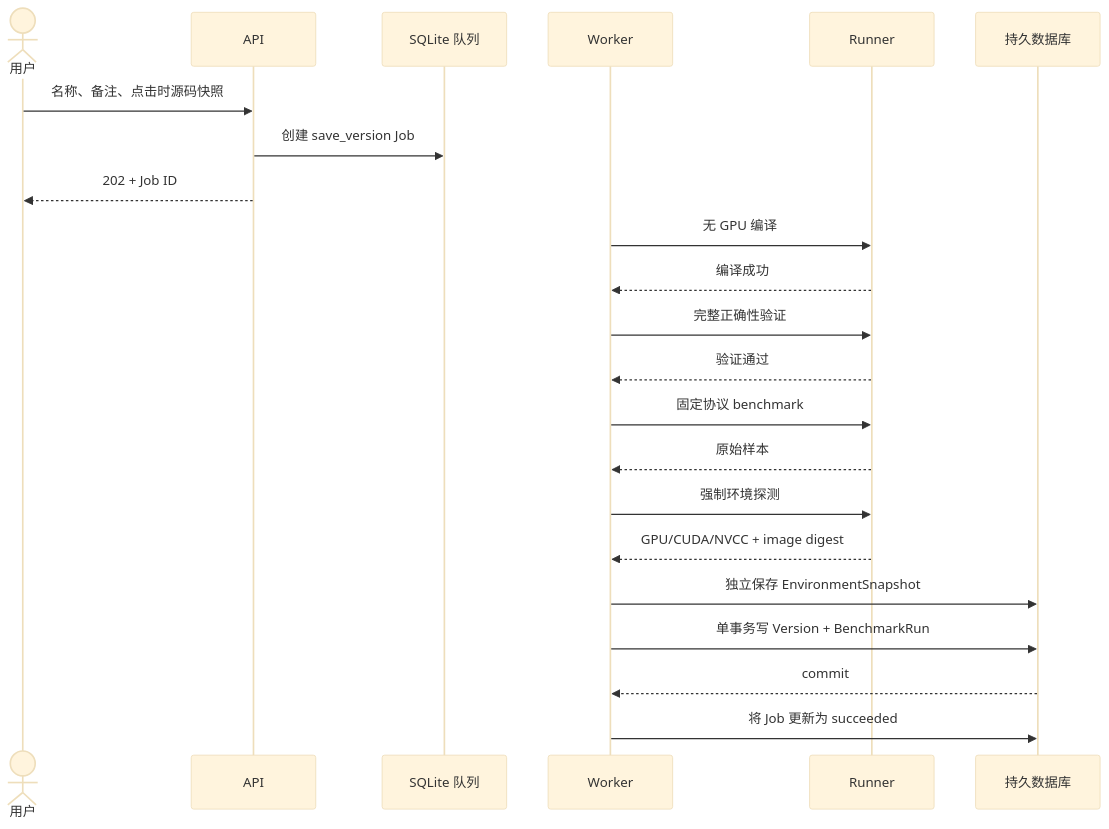
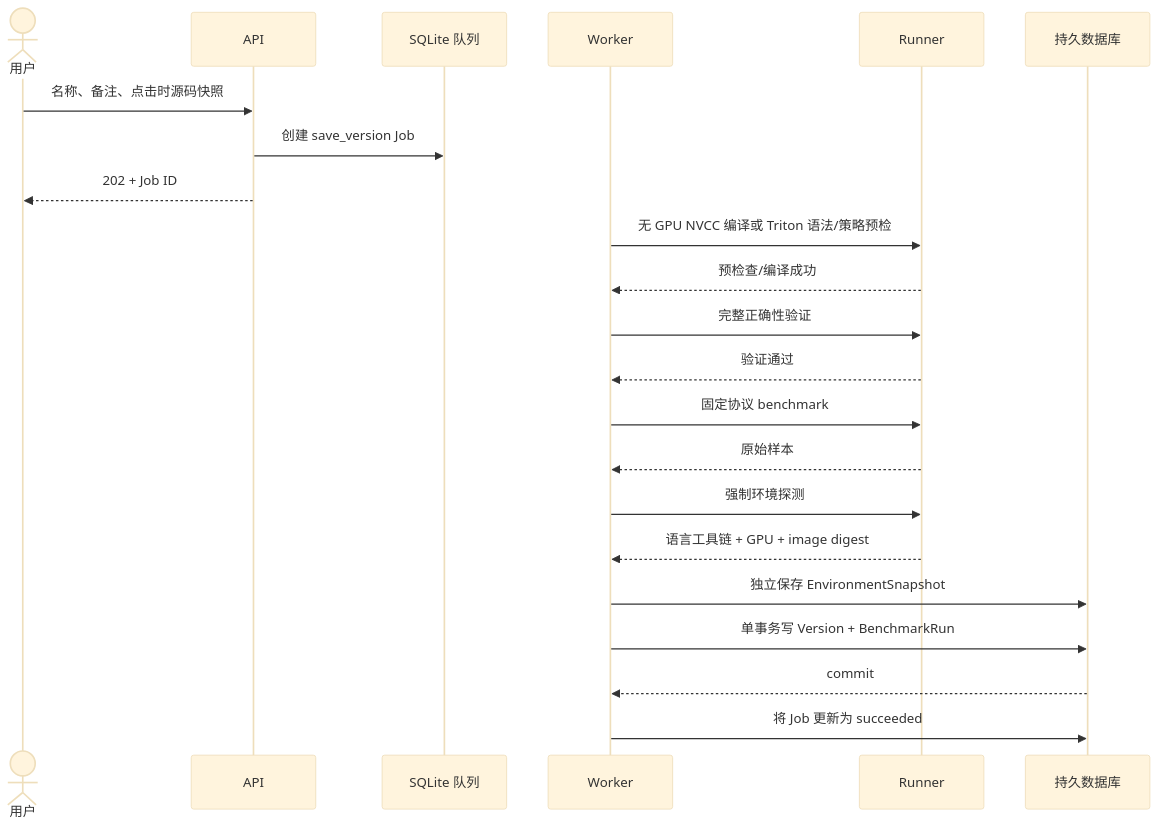
One commit to BabyDrangoner/MyLeetGpu changed the fourth of 4 diagrams in docs/design.md. Above: the diagram before and after it, drawn with Mermaid (base theme). The commit also changed other lines of this file and 79 other files, not shown here.

````diff
--- a/docs/design.md
+++ b/docs/design.md
@@ -312,25 +321,25 @@
 ```mermaid
 sequenceDiagram
     actor User as 用户
     participant API
     participant Q as SQLite 队列
     participant W as Worker
     participant R as Runner
     participant DB as 持久数据库
 
     User->>API: 名称、备注、点击时源码快照
     API->>Q: 创建 save_version Job
     API-->>User: 202 + Job ID
-    W->>R: 无 GPU 编译
-    R-->>W: 编译成功
+    W->>R: 无 GPU NVCC 编译或 Triton 语法/策略预检
+    R-->>W: 预检查/编译成功
     W->>R: 完整正确性验证
     R-->>W: 验证通过
     W->>R: 固定协议 benchmark
     R-->>W: 原始样本
     W->>R: 强制环境探测
-    R-->>W: GPU/CUDA/NVCC + image digest
+    R-->>W: 语言工具链 + GPU + image digest
     W->>DB: 独立保存 EnvironmentSnapshot
     W->>DB: 单事务写 Version + BenchmarkRun
     DB-->>W: commit
     W->>DB: 将 Job 更新为 succeeded
 ```
````
